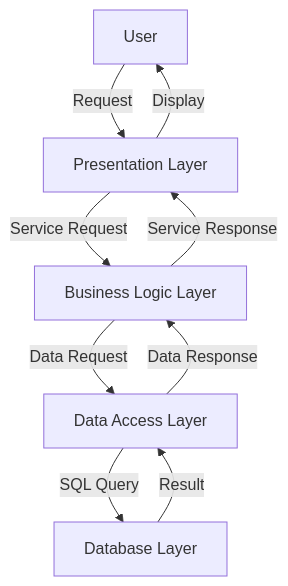
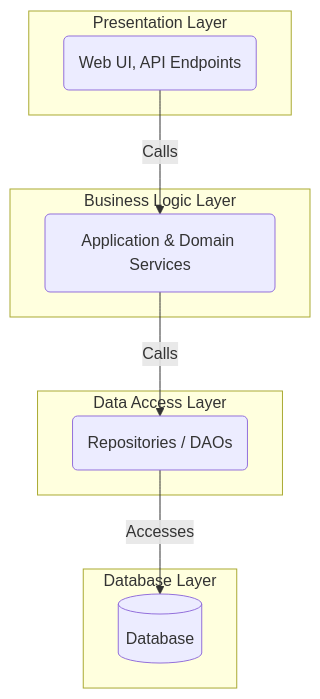
One commit to bmeurant/technical-docs changed the diagram in software-architecture/architectural-styles/layered.md. Above: the diagram before and after it, drawn with Mermaid. The commit also changed other lines of this file and 35 other files, not shown here.

Commit message:
docs(software-architecture): various fixes

````diff
--- a/software-architecture/architectural-styles/layered.md
+++ b/software-architecture/architectural-styles/layered.md
@@ -21,18 +21,22 @@
 ```mermaid
 graph TD
-    U[User]
-    PL[Presentation Layer]
-    BLL[Business Logic Layer]
-    DAL[Data Access Layer]
-    DBL[Database Layer]
+    subgraph Presentation Layer
+        UI(Web UI, API Endpoints)
+    end
 
-    U -- "Request" --> PL
-    PL -- "Service Request" --> BLL
-    BLL -- "Data Request" --> DAL
-    DAL -- "SQL Query" --> DBL
+    subgraph Business Logic Layer
+        Services(Application & Domain Services)
+    end
 
-    DBL -- "Result" --> DAL
-    DAL -- "Data Response" --> BLL
-    BLL -- "Service Response" --> PL
-    PL -- "Display" --> U
+    subgraph Data Access Layer
+        Repositories(Repositories / DAOs)
+    end
+
+    subgraph Database Layer
+        DB[(Database)]
+    end
+
+    UI -- "Calls" --> Services
+    Services -- "Calls" --> Repositories
+    Repositories -- "Accesses" --> DB
 ```
````
